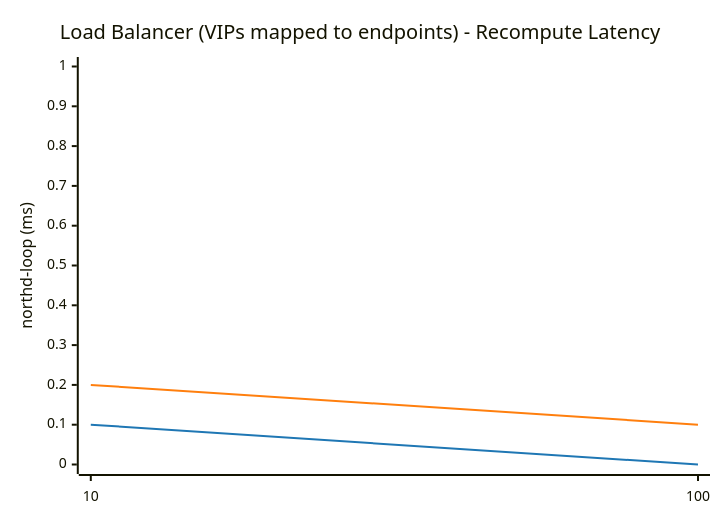
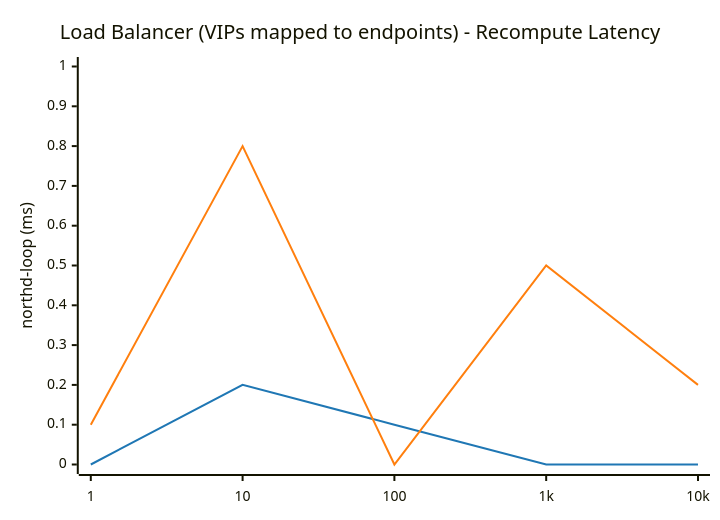
Before and after one commit to LionelJouin/ovs-ovn-bench: the ninth of 14 diagrams in results/BENCHMARK_REPORT.md, drawn with Mermaid. The commit also changed other lines of this file and 4 other files, not shown here.

````diff
--- a/results/BENCHMARK_REPORT.md
+++ b/results/BENCHMARK_REPORT.md
@@ -208,14 +609,14 @@
 ```mermaid
 ---
 config:
     themeVariables:
         xyChart:
             plotColorPalette: "#1f77b4, #ff7f0e"
 ---
 xychart-beta
     title "Load Balancer (VIPs mapped to endpoints) - Recompute Latency"
-    x-axis ["10", "100"]
+    x-axis ["1", "10", "100", "1k", "10k"]
     y-axis "northd-loop (ms)" 0 --> 1
-    line "glibc malloc" [0.1, 0.0]
-    line "jemalloc" [0.2, 0.1]
+    line "glibc malloc" [0.0, 0.2, 0.1, 0.0, 0.0]
+    line "jemalloc" [0.1, 0.8, 0.0, 0.5, 0.2]
 ```
````
